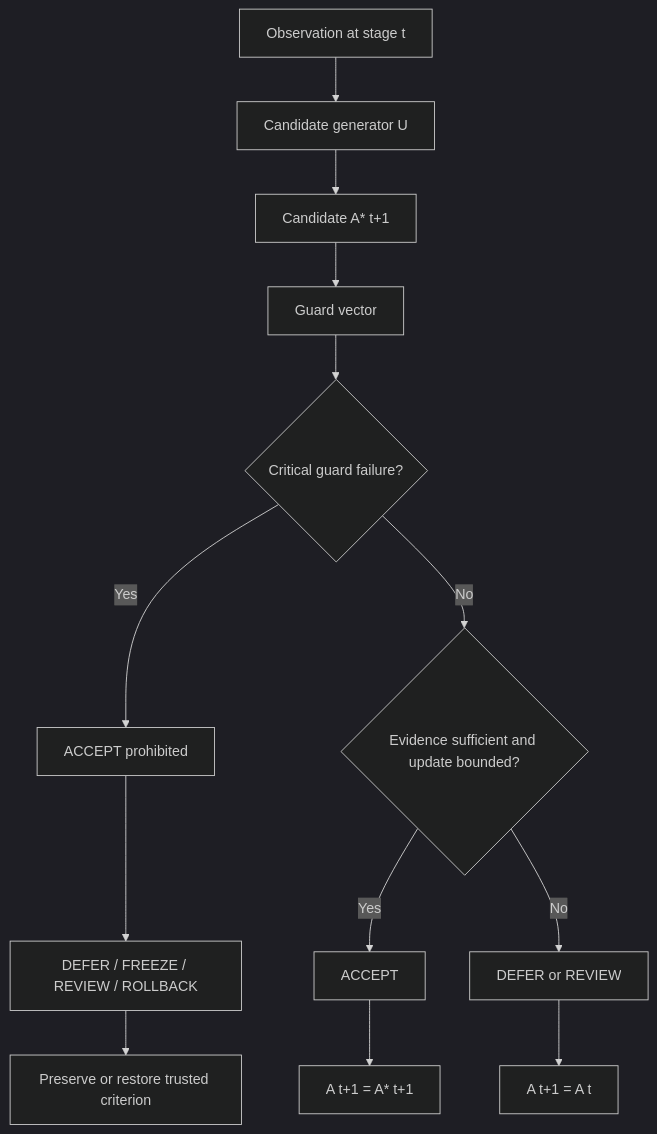
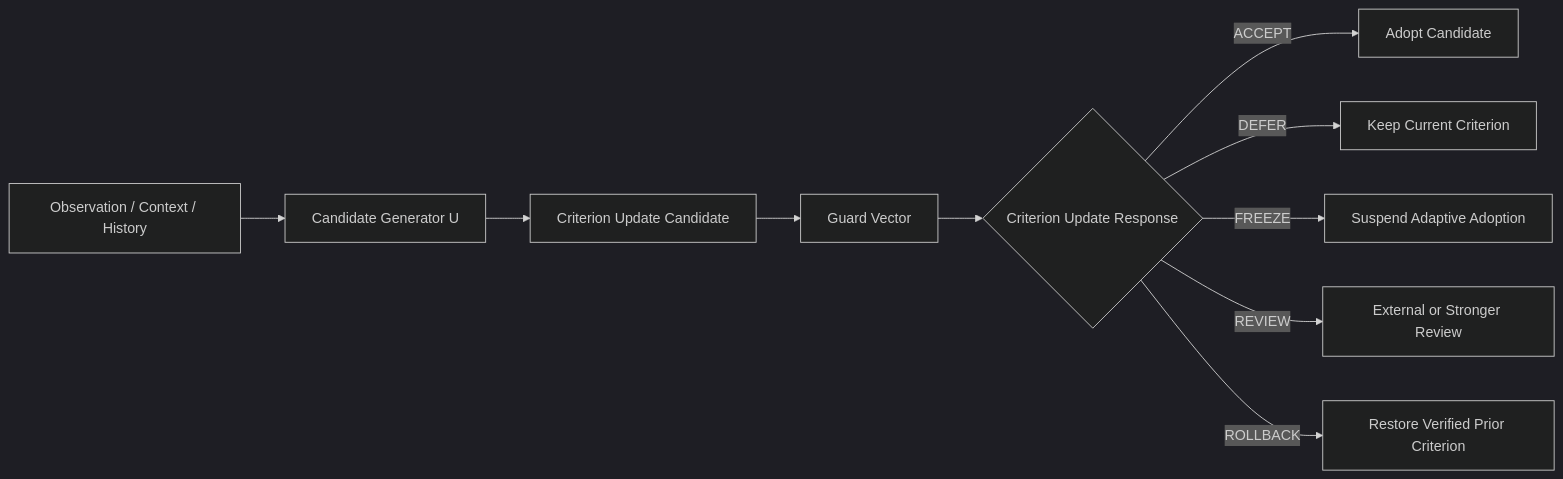
The third of 6 diagrams in docs/27_figures_and_captions.md (gitGyro-Dev/gyroauth), drawn with Mermaid (dark theme) before and after one commit. The commit also changed other lines of this file, not shown here.

Commit message:
Align figure design documentation with publication order

````diff
--- a/docs/27_figures_and_captions.md
+++ b/docs/27_figures_and_captions.md
@@ -45,18 +73,12 @@
 ```mermaid
-flowchart TD
-    O[Observation at stage t] --> U[Candidate generator U]
-    U --> C[Candidate A* t+1]
-    C --> GV[Guard vector]
-
-    GV --> P{Critical guard failure?}
-    P -- Yes --> X[ACCEPT prohibited]
-    X --> S1[DEFER / FREEZE / REVIEW / ROLLBACK]
-
-    P -- No --> S{Evidence sufficient and update bounded?}
-    S -- Yes --> A[ACCEPT]
-    S -- No --> D[DEFER or REVIEW]
-
-    A --> N1[A t+1 = A* t+1]
-    D --> N2[A t+1 = A t]
-    S1 --> N3[Preserve or restore trusted criterion]
+flowchart LR
+    O[Observation / Context / History] --> U[Candidate Generator U]
+    U --> C[Criterion Update Candidate]
+    C --> G[Guard Vector]
+    G --> R{Criterion Update Response}
+    R -->|ACCEPT| N[Adopt Candidate]
+    R -->|DEFER| K[Keep Current Criterion]
+    R -->|FREEZE| F[Suspend Adaptive Adoption]
+    R -->|REVIEW| V[External or Stronger Review]
+    R -->|ROLLBACK| B[Restore Verified Prior Criterion]
 ```
````
